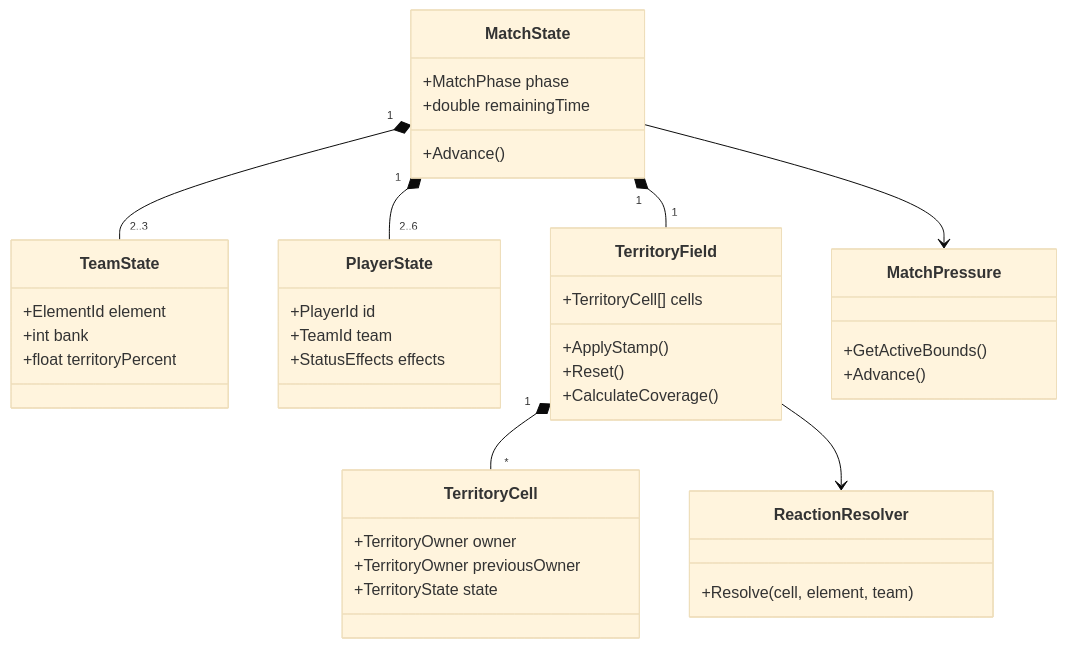
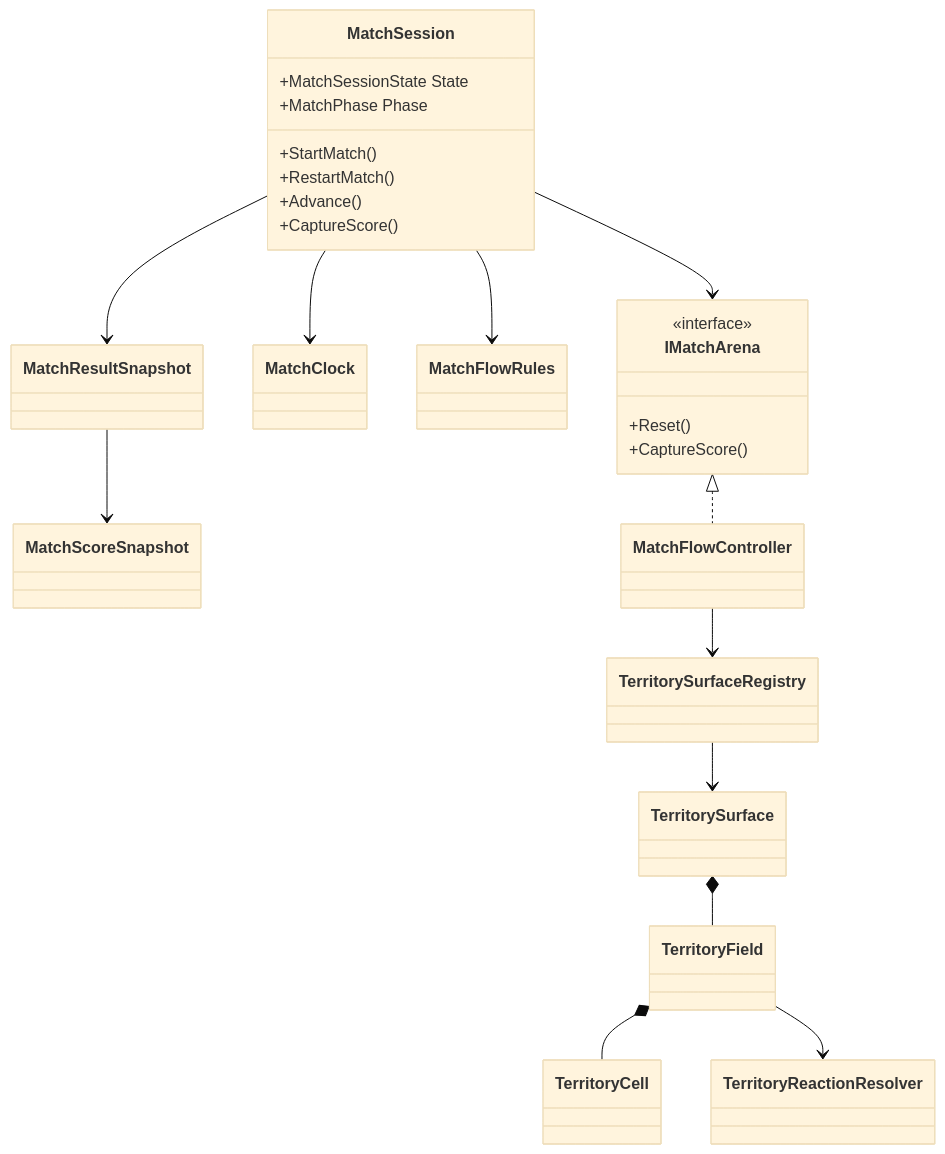
One commit to Zanark/Entropy-Tag changed the third of 4 diagrams in docs/02_TECHNICAL_ARCHITECTURE.md. Above: the diagram before and after it, drawn with Mermaid (base theme). The commit also changed other lines of this file and 96 other files, not shown here.

````diff
--- a/docs/02_TECHNICAL_ARCHITECTURE.md
+++ b/docs/02_TECHNICAL_ARCHITECTURE.md
@@ -141,52 +156,30 @@
 ```mermaid
 classDiagram
-    accTitle: EntropyTag core domain model
-    accDescr: A match owns teams, players, a territory field, score state, and match pressure while reaction rules convert element applications into territory results.
+    accTitle: Implemented match and territory model
+    accDescr: An application match session owns timing and frozen results and requests score or reset through an arena interface implemented by Unity. Registered surfaces own fields resolved by deterministic territory rules.
 
-    class MatchState {
-        +MatchPhase phase
-        +double remainingTime
+    class MatchSession {
+        +MatchSessionState State
+        +MatchPhase Phase
+        +StartMatch()
+        +RestartMatch()
         +Advance()
+        +CaptureScore()
     }
-
-    class TeamState {
-        +ElementId element
-        +int bank
-        +float territoryPercent
+    class IMatchArena {
+        <<interface>>
+        +Reset()
+        +CaptureScore()
     }
-
-    class PlayerState {
-        +PlayerId id
-        +TeamId team
-        +StatusEffects effects
-    }
-
-    class TerritoryField {
-        +TerritoryCell[] cells
-        +ApplyStamp()
-        +Reset()
-        +CalculateCoverage()
-    }
-
-    class TerritoryCell {
-        +TerritoryOwner owner
-        +TerritoryOwner previousOwner
-        +TerritoryState state
-    }
-
-    class ReactionResolver {
-        +Resolve(cell, element, team)
-    }
-
-    class MatchPressure {
-        +GetActiveBounds()
-        +Advance()
-    }
-
-    MatchState "1" *-- "2..3" TeamState
-    MatchState "1" *-- "2..6" PlayerState
-    MatchState "1" *-- "1" TerritoryField
-    TerritoryField "1" *-- "*" TerritoryCell
-    MatchState --> MatchPressure
-    TerritoryField --> ReactionResolver
+    MatchSession --> MatchClock
+    MatchSession --> MatchFlowRules
+    MatchSession --> IMatchArena
+    MatchSession --> MatchResultSnapshot
+    MatchResultSnapshot --> MatchScoreSnapshot
+    IMatchArena <|.. MatchFlowController
+    MatchFlowController --> TerritorySurfaceRegistry
+    TerritorySurfaceRegistry --> TerritorySurface
+    TerritorySurface *-- TerritoryField
+    TerritoryField *-- TerritoryCell
+    TerritoryField --> TerritoryReactionResolver
 ```
````
